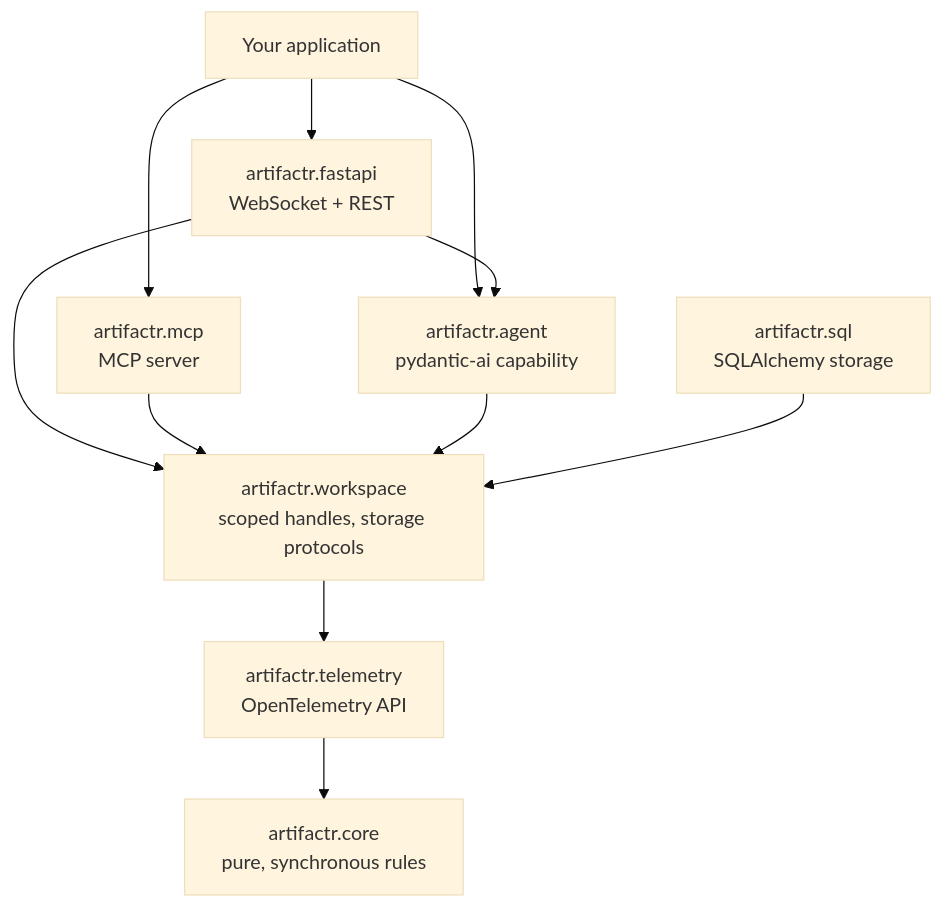
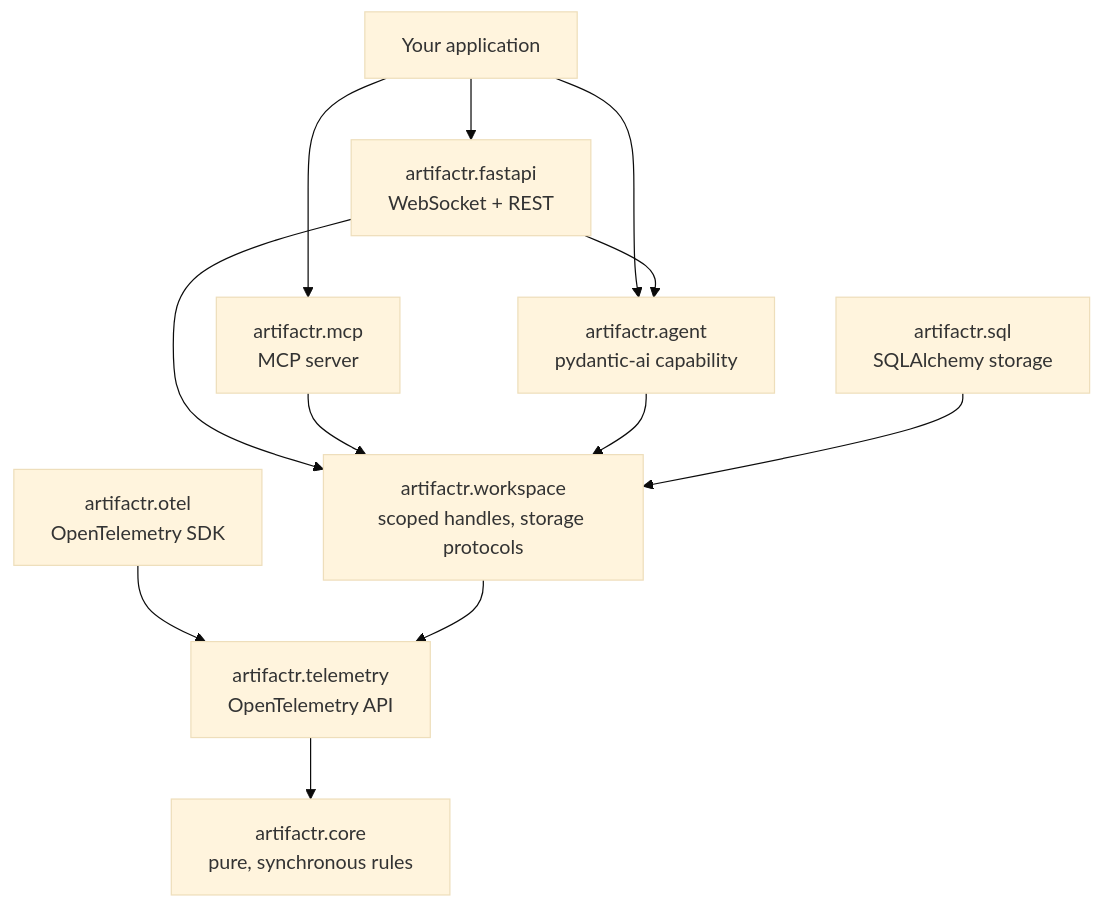
The first of 3 diagrams in docs/architecture.md (alexnodeland/artifactr), drawn with Mermaid (base theme) before and after one commit. The commit also changed other lines of this file and 22 other files, not shown here.

First line of the commit message:
feat(otel): configure_telemetry, an OpenTelemetry SDK adapter (#27)

````diff
--- a/docs/architecture.md
+++ b/docs/architecture.md
@@ -53,13 +53,14 @@
 ```mermaid
 graph TD
     app["Your application"] --> fastapi["artifactr.fastapi<br/>WebSocket + REST"]
     app --> mcp["artifactr.mcp<br/>MCP server"]
     app --> agent
     fastapi --> agent["artifactr.agent<br/>pydantic-ai capability"]
     fastapi --> workspace
     mcp --> workspace
     agent --> workspace["artifactr.workspace<br/>scoped handles, storage protocols"]
     sql["artifactr.sql<br/>SQLAlchemy storage"] --> workspace
+    otel["artifactr.otel<br/>OpenTelemetry SDK"] --> telemetry
     workspace --> telemetry["artifactr.telemetry<br/>OpenTelemetry API"]
     telemetry --> core["artifactr.core<br/>pure, synchronous rules"]
 ```
````
